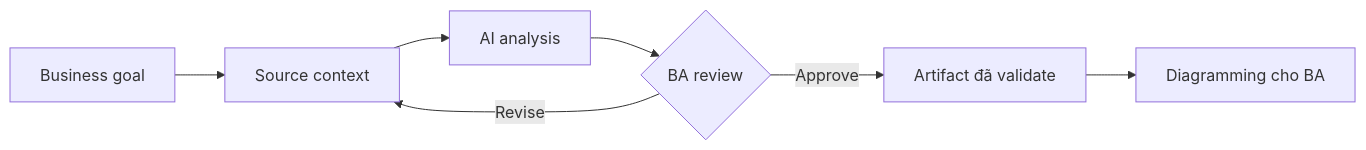
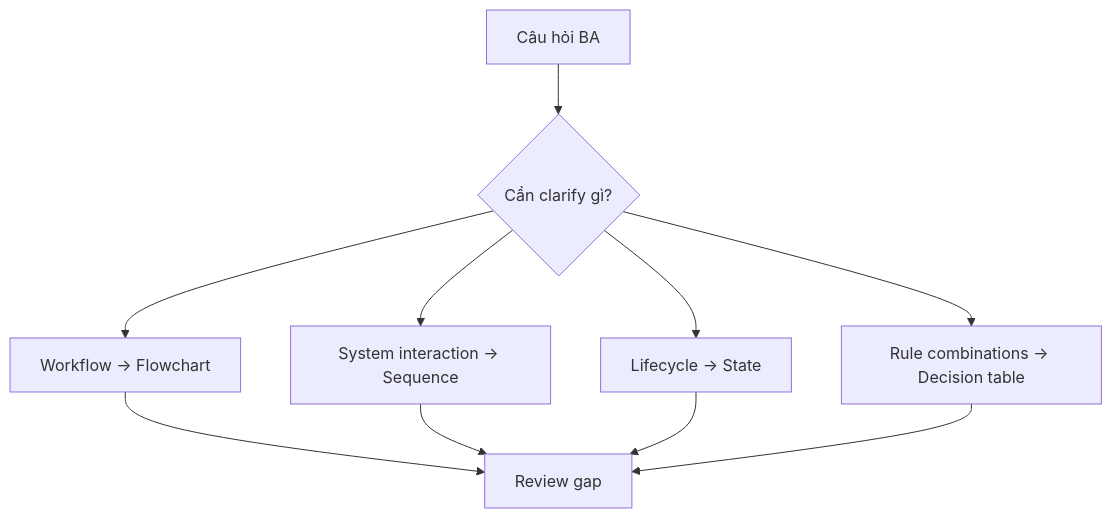
The diagram in docs/vi/lessons/diagramming-for-ba/index.md (anhtnt90dev/ai-for-ba), drawn with Mermaid before and after one commit. The commit also changed other lines of this file and 64 other files, not shown here.

````diff
--- a/docs/vi/lessons/diagramming-for-ba/index.md
+++ b/docs/vi/lessons/diagramming-for-ba/index.md
@@ -39,9 +38,12 @@
 ```mermaid
-flowchart LR
-    A["Business goal"] --> B["Source context"]
-    B --> C["AI analysis"]
-    C --> D{"BA review"}
-    D -->|"Revise"| B
-    D -->|"Approve"| E["Artifact đã validate"]
-    E --> F["Diagramming cho BA"]
+flowchart TD
+    A["Câu hỏi BA"] --> B{"Cần clarify gì?"}
+    B --> C["Workflow -> Flowchart"]
+    B --> D["System interaction -> Sequence"]
+    B --> E["Lifecycle -> State"]
+    B --> F["Rule combinations -> Decision table"]
+    C --> G["Review gap"]
+    D --> G
+    E --> G
+    F --> G
 ```
````
